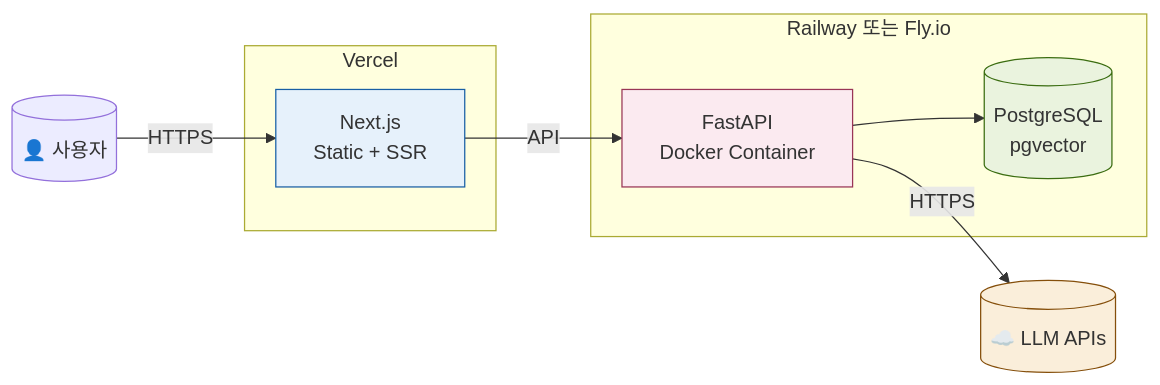
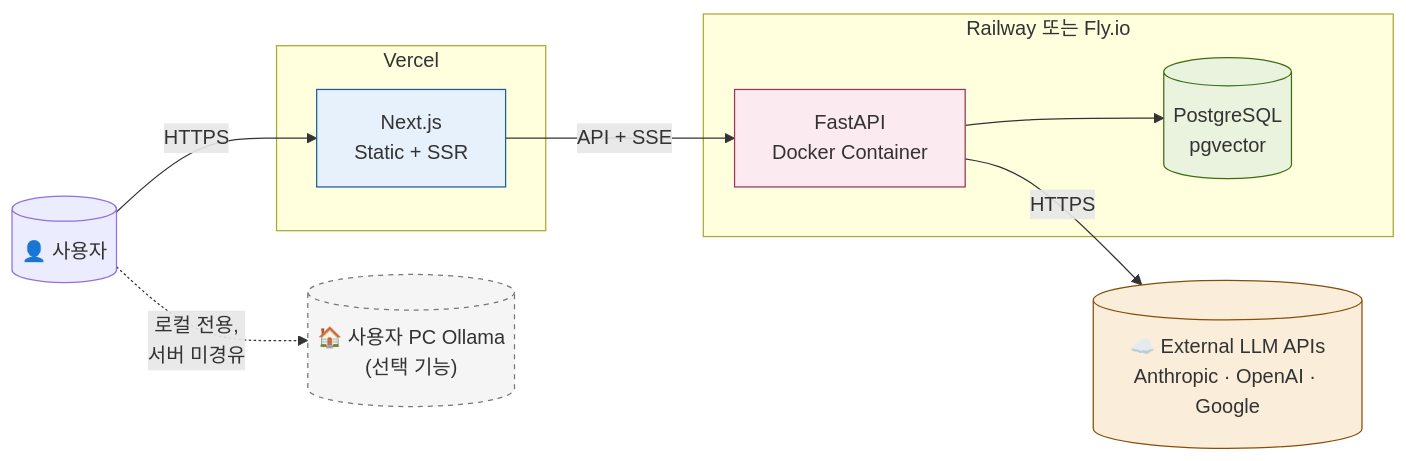
One commit to chakihwan/HireAgent changed the third of 3 diagrams in docs/architecture.md. Above: the diagram before and after it, drawn with Mermaid. The commit also changed other lines of this file and 9 other files, not shown here.

First line of the commit message:
docs+chore: architecture review fixes + utils for char/crypto

````diff
--- a/docs/architecture.md
+++ b/docs/architecture.md
@@ -208,25 +226,28 @@
 ```mermaid
 flowchart LR
     User[("👤 사용자")]
-    
+
     subgraph Vercel["Vercel"]
         Next["Next.js<br/>Static + SSR"]
     end
-    
-    subgraph Railway["Railway 또는 Fly.io"]
+
+    subgraph Cloud["Railway 또는 Fly.io"]
         FAPI["FastAPI<br/>Docker Container"]
         PG[("PostgreSQL<br/>pgvector")]
         FAPI --> PG
     end
-    
-    LLM[("☁️ LLM APIs")]
-    
+
+    LLM[("☁️ External LLM APIs<br/>Anthropic · OpenAI · Google")]
+    LocalOllama[("🏠 사용자 PC Ollama<br/>(선택 기능)")]
+
     User -->|HTTPS| Next
-    Next -->|API| FAPI
+    Next -->|API + SSE| FAPI
     FAPI -->|HTTPS| LLM
-    
+    User -.->|"로컬 전용,<br/>서버 미경유"| LocalOllama
+
     style Next fill:#E6F1FB,stroke:#185FA5
     style FAPI fill:#FBEAF0,stroke:#993556
     style PG fill:#EAF3DE,stroke:#3B6D11
     style LLM fill:#FAEEDA,stroke:#854F0B
+    style LocalOllama fill:#F5F5F5,stroke:#777,stroke-dasharray:4 4
 ```
````
